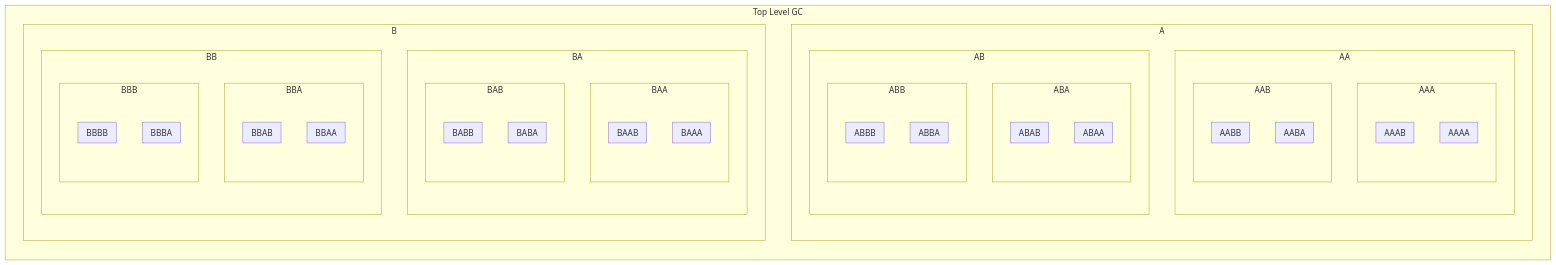
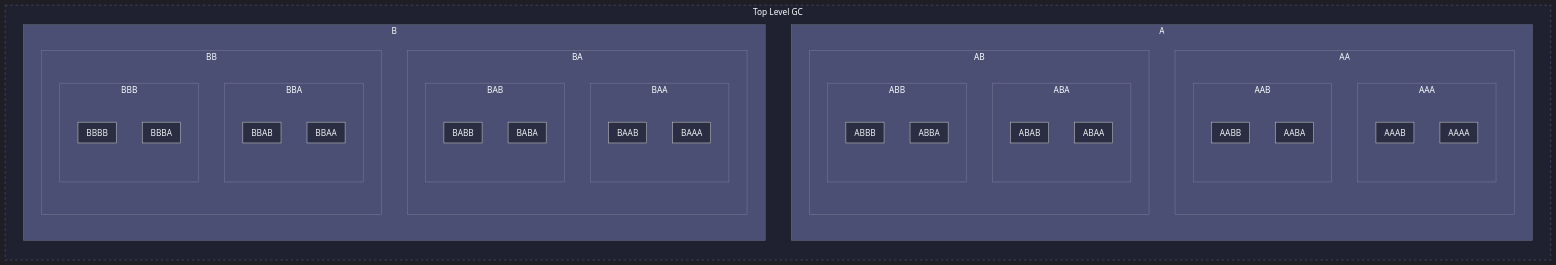
One commit to Shapedsundew9/erasmus-gp changed the fourth of 6 diagrams in docs/components/core/genetic_code/structure.md. Above: the diagram before and after it, drawn with Mermaid. The commit also changed other lines of this file and 21 other files, not shown here.

First line of the commit message:
Enhance Mermaid Diagrams and Color Consistency Across Documentation

````diff
--- a/docs/components/core/genetic_code/structure.md
+++ b/docs/components/core/genetic_code/structure.md
@@ -33,6 +59,11 @@
 ```mermaid
+%%{init: { 'theme': 'dark', 'themeVariables': { 'lineColor': '#6c7a89', 'textColor': '#edf2f4', 'mainBkg': '#2b2d42', 'primaryBorderColor': '#4a4e69' }}}%%
 flowchart TB
-    subgraph Top Level GC
+    %% Base/Default (Dark Slate)
+    classDef default fill:#2b2d42,stroke:#4a4e69,stroke-width:2px,color:#edf2f4
+    classDef zonePrimary fill:#1f2130,stroke:#3a3e59,stroke-width:2px,stroke-dasharray: 5 5
+
+    subgraph Top_Level_GC [Top Level GC]
         direction TB
         subgraph A
             direction TB
@@ -125,4 +156,5 @@
             end
         end
     end
+    class Top_Level_GC zonePrimary
 ```
````
